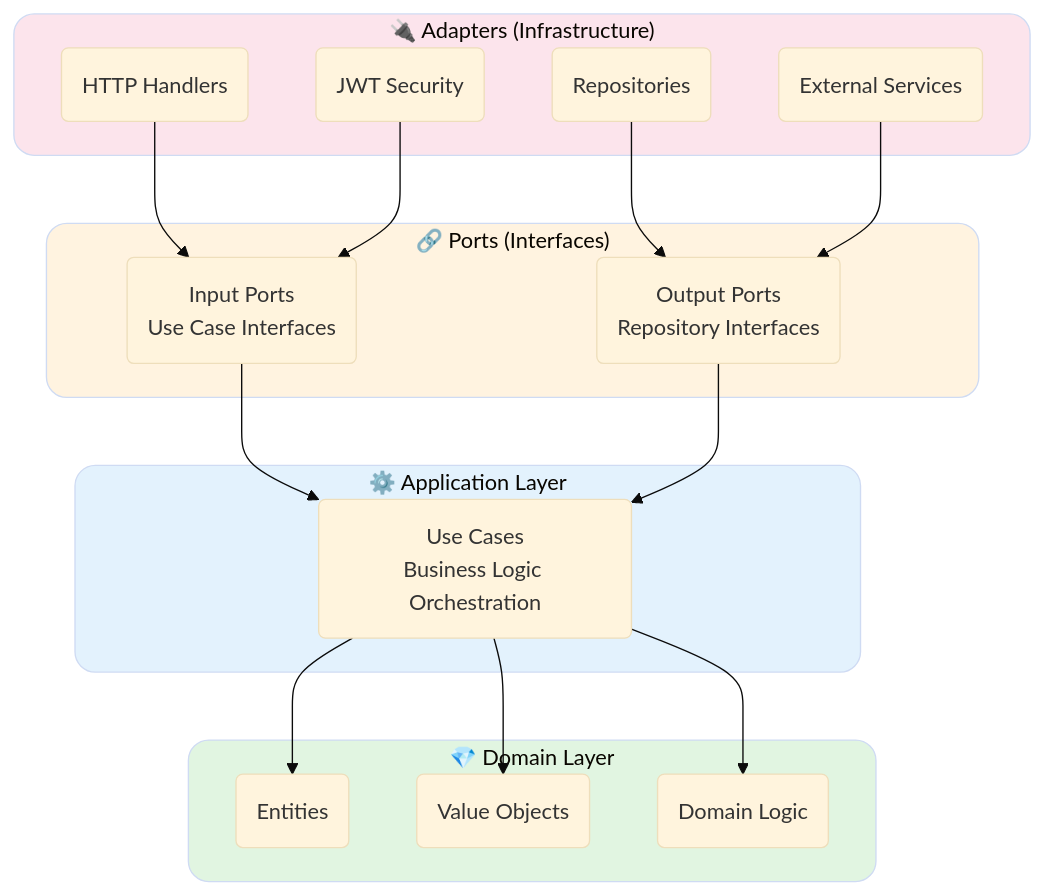
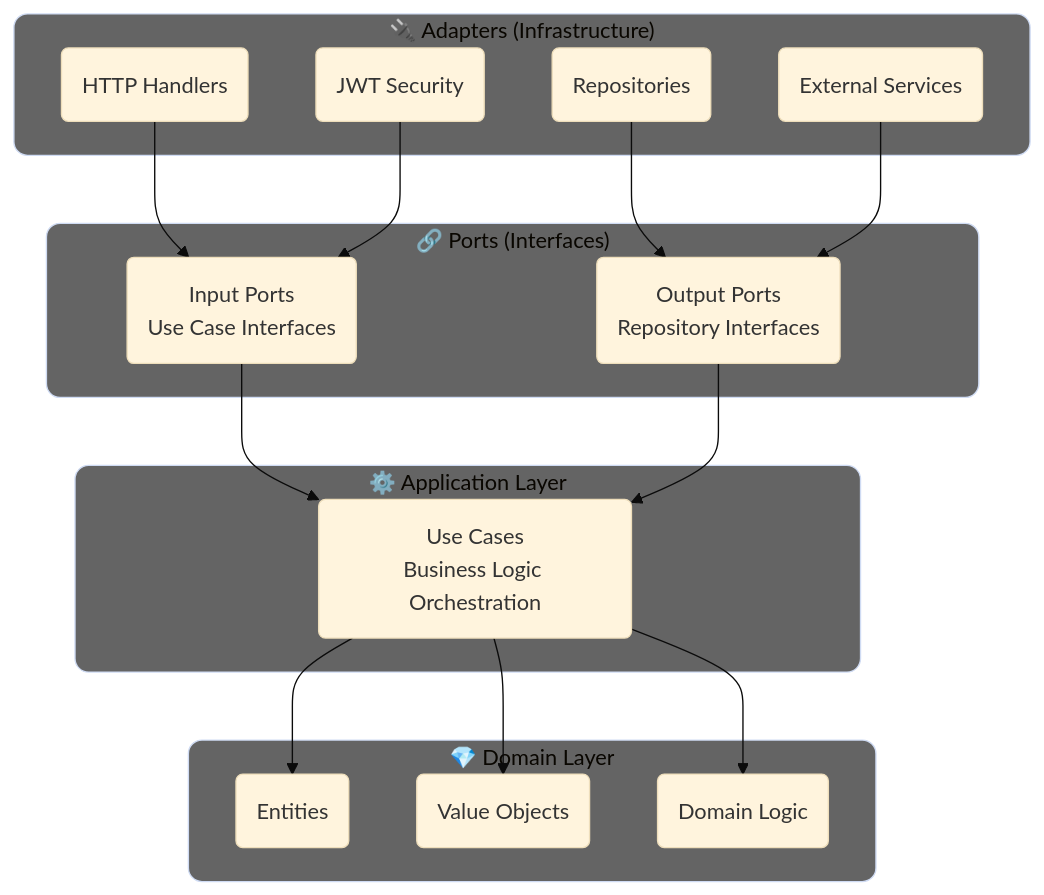
One commit to davidgaspardev/usermes-backend changed the first of 3 diagrams in README.md. Above: the diagram before and after it, drawn with Mermaid (base theme). The commit also changed other lines of this file, not shown here.

Commit message:
docs: Refactor styles in README for consistency
Updated styles for various components in the README.

````diff
--- a/README.md
+++ b/README.md
@@ -32,44 +32,44 @@
 ```mermaid
 graph TB
     subgraph Adapters["🔌 Adapters (Infrastructure)"]
         HTTP(HTTP Handlers)
         DB(Repositories)
         JWT(JWT Security)
         EXT(External Services)
     end
     
     subgraph Ports["🔗 Ports (Interfaces)"]
         INPUT(Input Ports<br/>Use Case Interfaces)
         OUTPUT(Output Ports<br/>Repository Interfaces)
     end
     
     subgraph Application["⚙️ Application Layer"]
         UC(Use Cases<br/>Business Logic Orchestration)
     end
     
     subgraph Domain["💎 Domain Layer"]
         ENT(Entities)
         VO(Value Objects)
         LOGIC(Domain Logic)
     end
     
     HTTP --> INPUT
     DB --> OUTPUT
     JWT --> INPUT
     EXT --> OUTPUT
     INPUT --> UC
     OUTPUT --> UC
     UC --> ENT
     UC --> VO
     UC --> LOGIC
 
-    style Domain rx:15px,ry:15px
-    style Application rx:15px,ry:15px
-    style Ports rx:15px,ry:15px
-    style Adapters rx:15px,ry:15px
+    style Domain rx:10px,ry:10px
+    style Application rx:10px,ry:10px
+    style Ports rx:10px,ry:10px
+    style Adapters rx:10px,ry:10px
     
-    style Domain fill:#e1f5e1
-    style Application fill:#e3f2fd
-    style Ports fill:#fff3e0
-    style Adapters fill:#fce4ec
+    style Domain fill:#646464
+    style Application fill:#646464
+    style Ports fill:#646464
+    style Adapters fill:#646464
 ```
````
